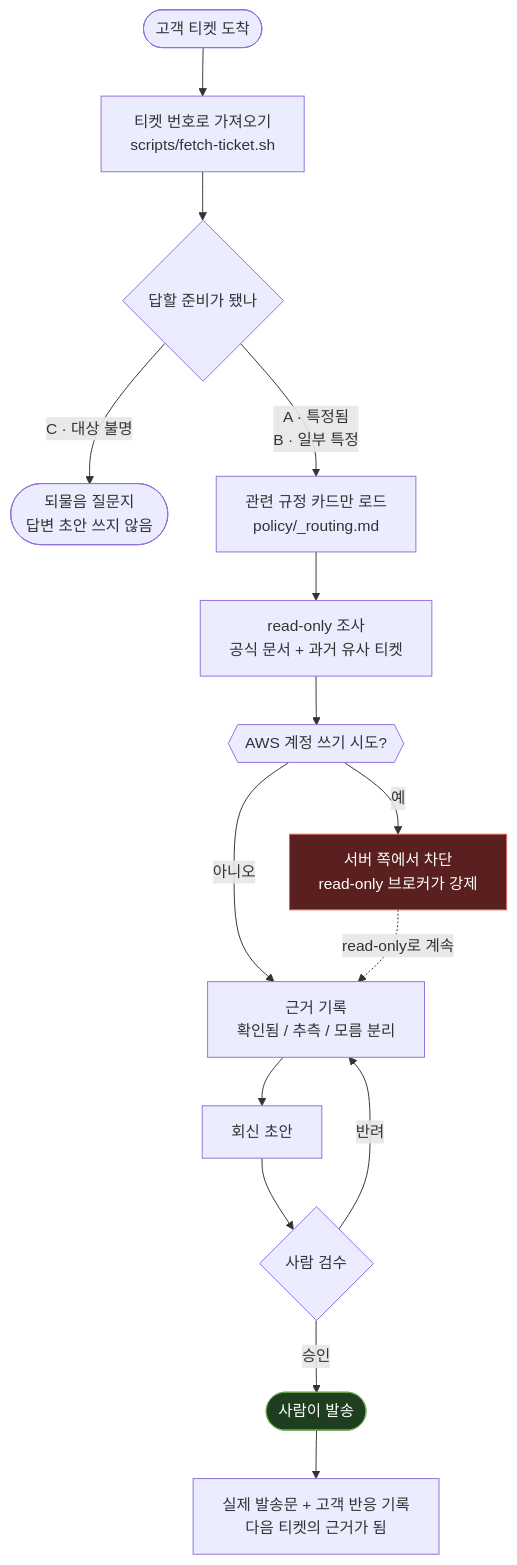
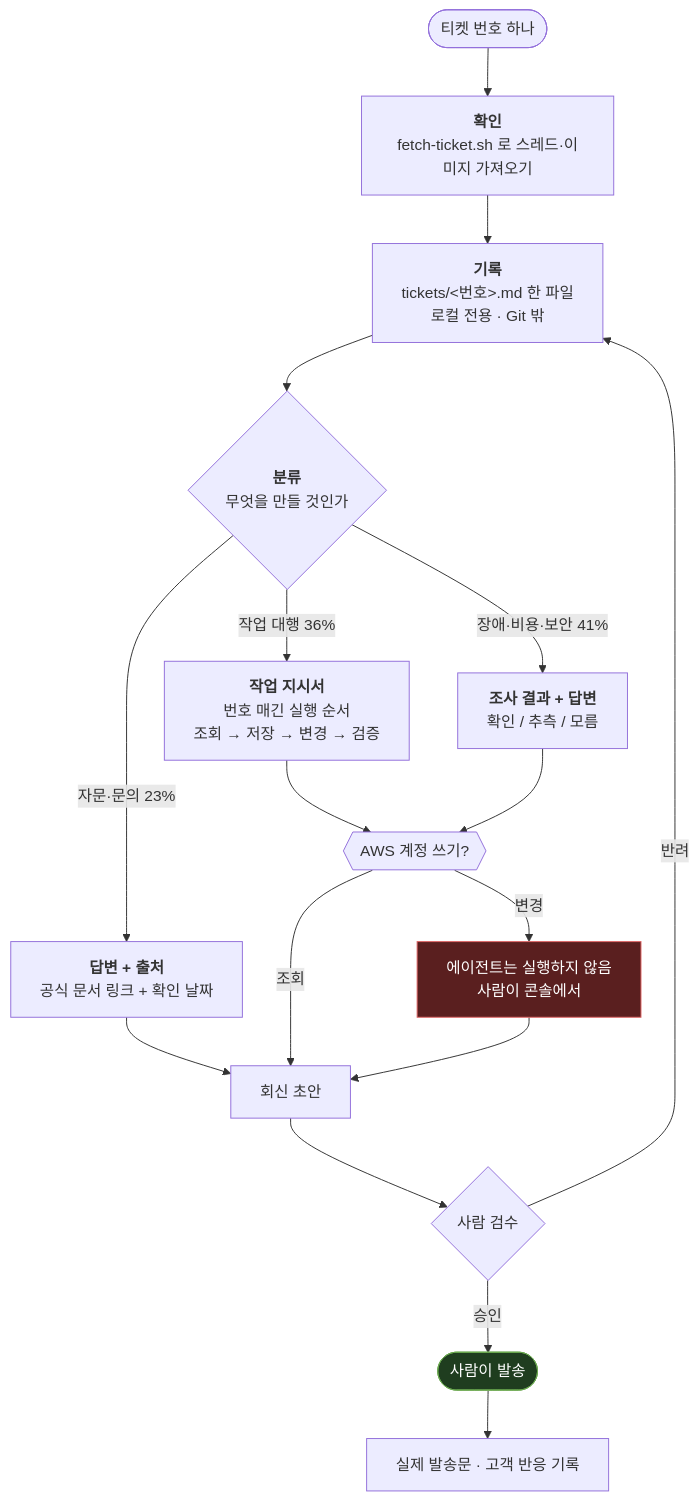
One commit to HaeDalWang/tiket changed the diagram in README.md. Above: the diagram before and after it, drawn with Mermaid. The commit also changed other lines of this file and 5 other files, not shown here.

````diff
--- a/README.md
+++ b/README.md
@@ -19,20 +22,25 @@
 ```mermaid
 flowchart TD
-    A(["고객 티켓 도착"]) --> A2["티켓 번호로 가져오기<br/>scripts/fetch-ticket.sh"]
-    A2 --> A3{"답할 준비가 됐나"}
-    A3 -->|"C · 대상 불명"| A4(["되물음 질문지<br/>답변 초안 쓰지 않음"])
-    A3 -->|"A · 특정됨<br/>B · 일부 특정"| C["관련 규정 카드만 로드<br/>policy/_routing.md"]
-    C --> D["read-only 조사<br/>공식 문서 + 과거 유사 티켓"]
-    D --> G1{{"AWS 계정 쓰기 시도?"}}
-    G1 -->|예| G1X["서버 쪽에서 차단<br/>read-only 브로커가 강제"]
-    G1 -->|아니오| E["근거 기록<br/>확인됨 / 추측 / 모름 분리"]
-    G1X -.->|read-only로 계속| E
-    E --> H["회신 초안"]
+    A(["티켓 번호 하나"]) --> B["<b>확인</b><br/>fetch-ticket.sh 로 스레드·이미지 가져오기"]
+    B --> C["<b>기록</b><br/>tickets/&lt;번호&gt;.md 한 파일<br/>로컬 전용 · Git 밖"]
+    C --> D{"<b>분류</b><br/>무엇을 만들 것인가"}
+
+    D -->|"작업 대행 36%"| E1["<b>작업 지시서</b><br/>번호 매긴 실행 순서<br/>조회 → 저장 → 변경 → 검증"]
+    D -->|"장애·비용·보안 41%"| E2["<b>조사 결과 + 답변</b><br/>확인 / 추측 / 모름"]
+    D -->|"자문·문의 23%"| E3["<b>답변 + 출처</b><br/>공식 문서 링크 + 확인 날짜"]
+
+    E1 --> G{{"AWS 계정 쓰기?"}}
+    E2 --> G
+    E3 --> H["회신 초안"]
+    G -->|"조회"| H
+    G -->|"변경"| GX["에이전트는 실행하지 않음<br/>사람이 콘솔에서"]
+    GX --> H
+
     H --> I{"사람 검수"}
-    I -->|반려| E
-    I -->|승인| J(["사람이 발송"])
-    J --> K["실제 발송문 + 고객 반응 기록<br/>다음 티켓의 근거가 됨"]
+    I -->|"반려"| C
+    I -->|"승인"| J(["사람이 발송"])
+    J --> K["실제 발송문 · 고객 반응 기록"]
 
-    style G1X fill:#5a1f1f,stroke:#e06666,color:#fff
+    style GX fill:#5a1f1f,stroke:#e06666,color:#fff
     style J fill:#1f3d1f,stroke:#6aa84f,color:#fff
 ```
````
